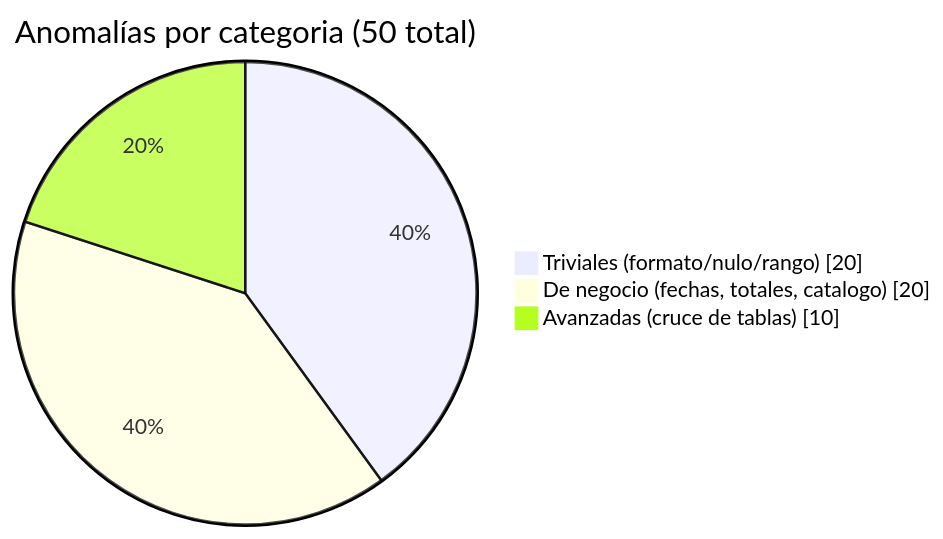
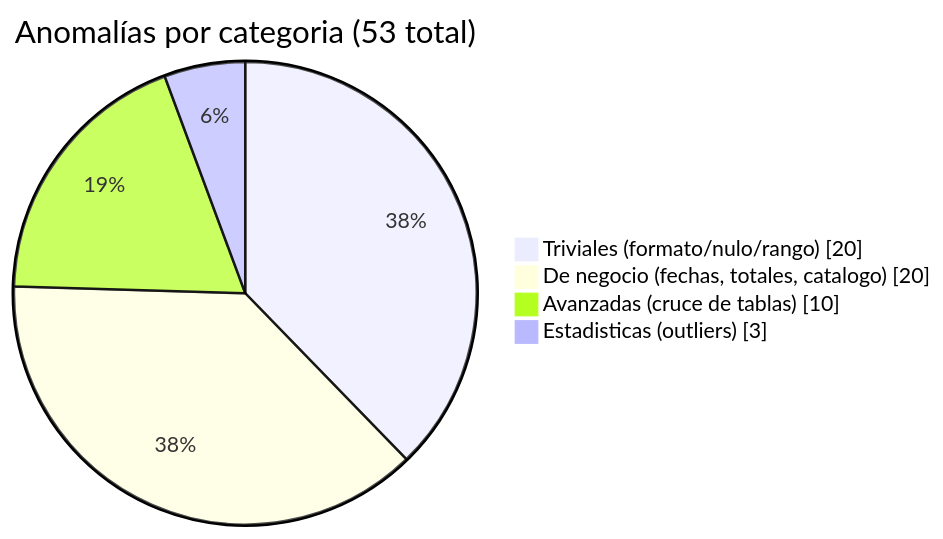
The third of 3 diagrams in README.md (pablotp02/atmira-hackathon-dataquality), drawn with Mermaid before and after one commit. The commit also changed other lines of this file, not shown here.

````diff
--- a/README.md
+++ b/README.md
@@ -173,7 +173,8 @@
 ```mermaid
 pie showData
-    title Anomalías por categoria (50 total)
+    title Anomalías por categoria (53 total)
     "Triviales (formato/nulo/rango)" : 20
     "De negocio (fechas, totales, catalogo)" : 20
     "Avanzadas (cruce de tablas)" : 10
+    "Estadisticas (outliers)" : 3
 ```
````
